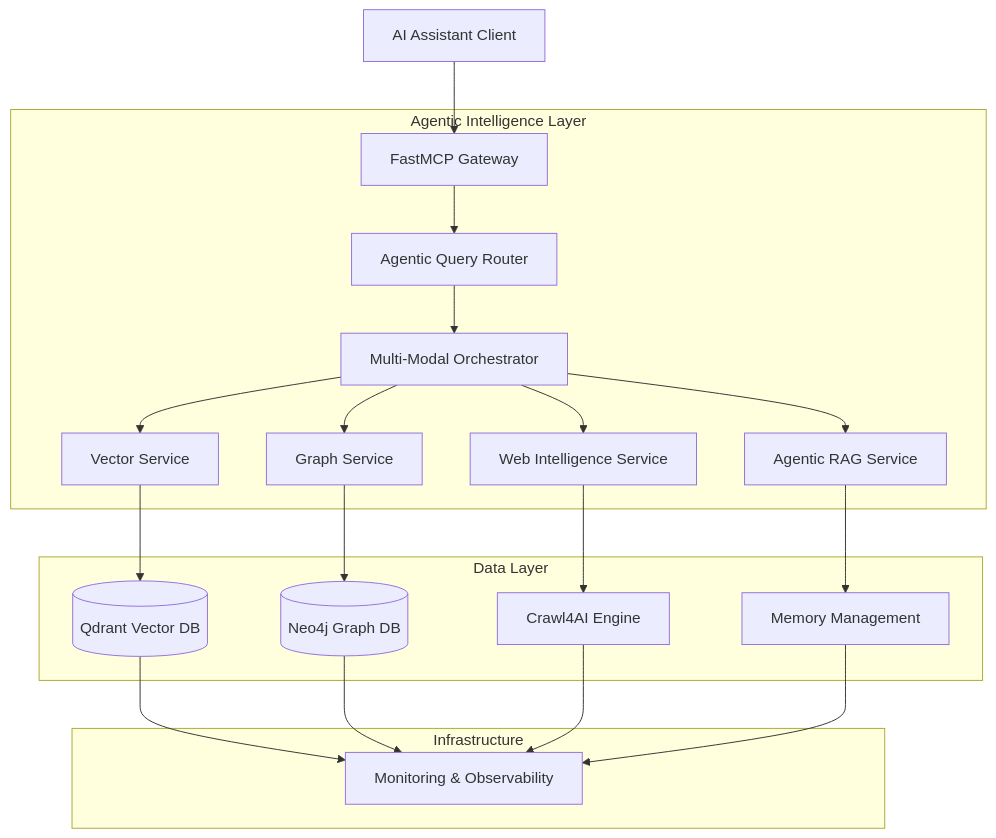
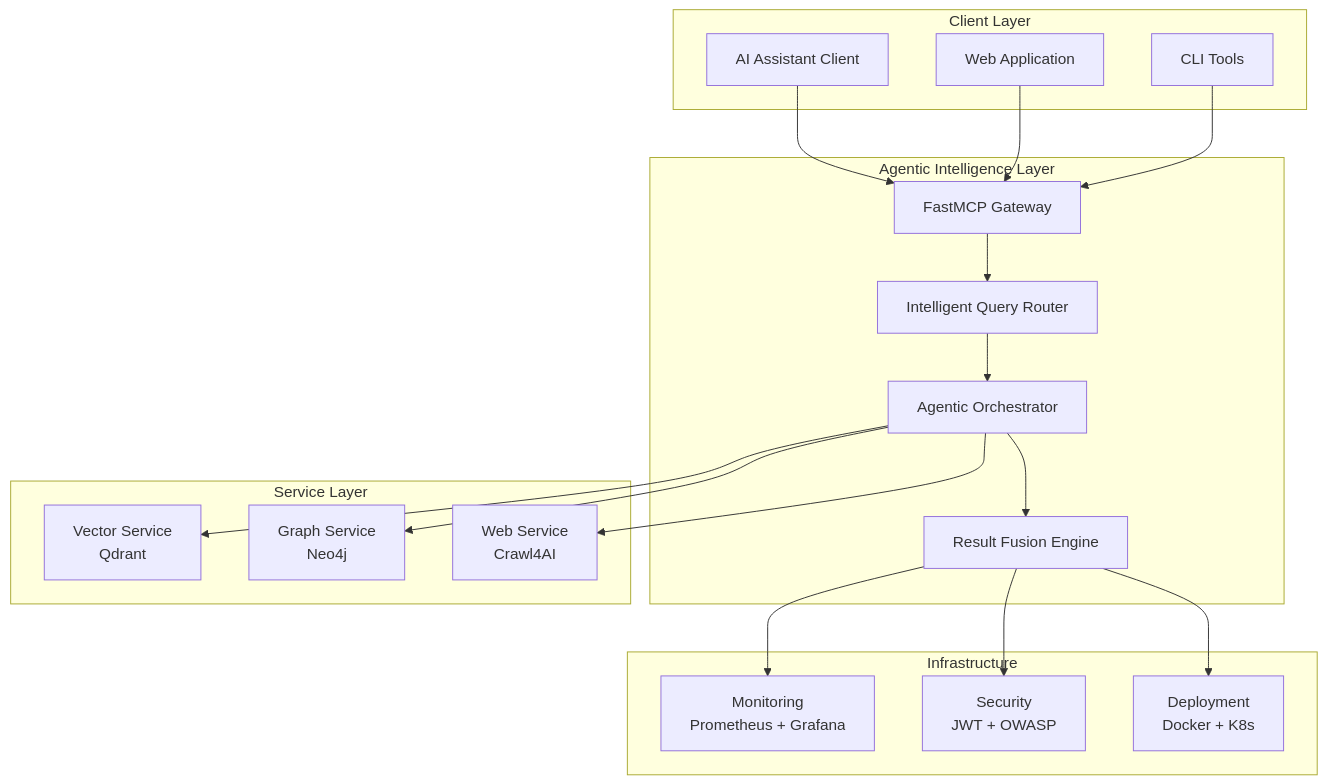
Before and after one commit to Hyperkorn/qdrant-neo4j-crawl4ai-mcp: the diagram in docs/README.md, drawn with Mermaid. The commit also changed other lines of this file and 56 other files, not shown here.

````diff
--- a/docs/README.md
+++ b/docs/README.md
@@ -37,28 +103,43 @@
 ```mermaid
 graph TB
-    Client[AI Assistant Client] --> Gateway[FastMCP Gateway]
+    subgraph "Client Layer"
+        A[AI Assistant Client]
+        B[Web Application]
+        C[CLI Tools]
+    end
     
     subgraph "Agentic Intelligence Layer"
-        Gateway --> Router[Agentic Query Router]
-        Router --> Orchestrator[Multi-Modal Orchestrator]
-        
-        Orchestrator --> Vector[Vector Service]
-        Orchestrator --> Graph[Graph Service]
-        Orchestrator --> Web[Web Intelligence Service]
-        Orchestrator --> Agent[Agentic RAG Service]
+        D[FastMCP Gateway]
+        E[Intelligent Query Router]
+        F[Agentic Orchestrator]
+        G[Result Fusion Engine]
     end
     
-    subgraph "Data Layer"
-        Vector --> QdrantDB[(Qdrant Vector DB)]
-        Graph --> Neo4jDB[(Neo4j Graph DB)]
-        Web --> Crawl4AI[Crawl4AI Engine]
-        Agent --> Memory[Memory Management]
+    subgraph "Service Layer"
+        H[Vector Service<br/>Qdrant]
+        I[Graph Service<br/>Neo4j]
+        J[Web Service<br/>Crawl4AI]
     end
     
     subgraph "Infrastructure"
-        QdrantDB --> Monitoring[Monitoring & Observability]
-        Neo4jDB --> Monitoring
-        Crawl4AI --> Monitoring
-        Memory --> Monitoring
+        K[Monitoring<br/>Prometheus + Grafana]
+        L[Security<br/>JWT + OWASP]
+        M[Deployment<br/>Docker + K8s]
     end
+    
+    A --> D
+    B --> D
+    C --> D
+    
+    D --> E
+    E --> F
+    F --> G
+    
+    F --> H
+    F --> I
+    F --> J
+    
+    G --> K
+    G --> L
+    G --> M
 ```
````
